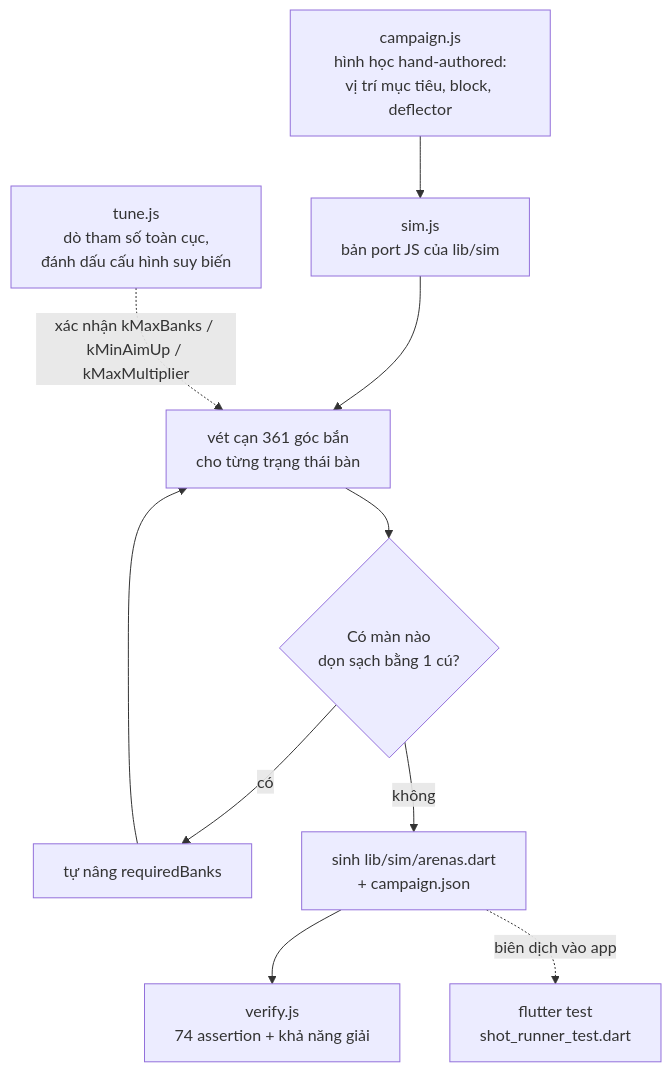
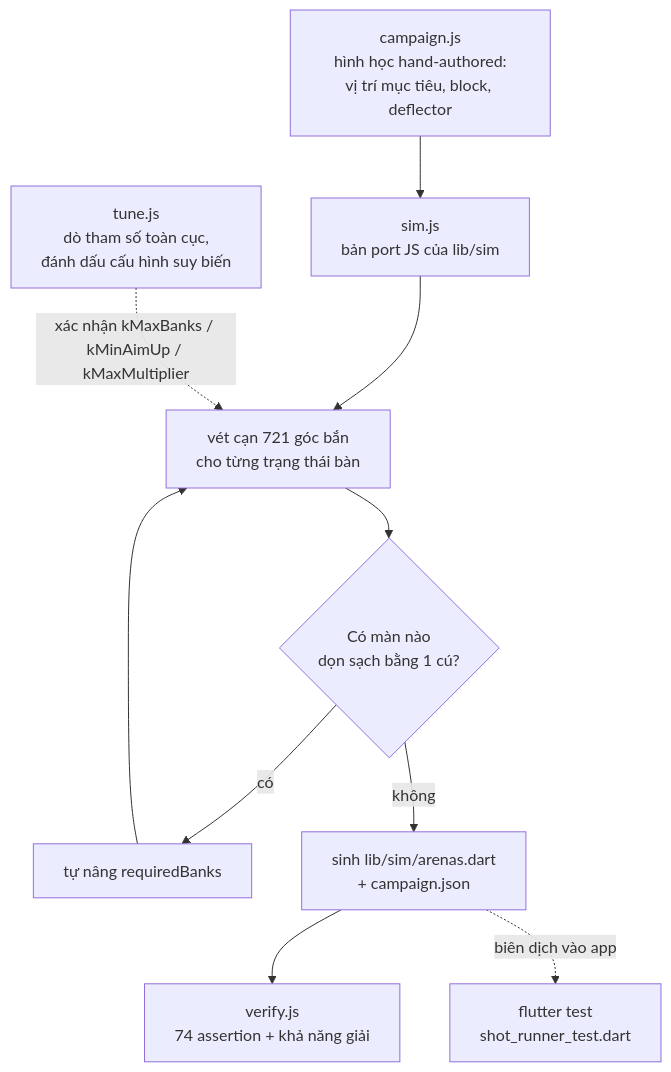
One commit to recca0201/cu-doi changed the fifth of 6 diagrams in aidlc-docs/foundation/system-architecture.md. Above: the diagram before and after it, drawn with Mermaid. The commit also changed other lines of this file and 10 other files, not shown here.

````diff
--- a/aidlc-docs/foundation/system-architecture.md
+++ b/aidlc-docs/foundation/system-architecture.md
@@ -574,19 +574,19 @@
 ```mermaid
 flowchart TD
     Author["campaign.js<br/>hình học hand-authored:<br/>vị trí mục tiêu, block, deflector"]
     Sim["sim.js<br/>bản port JS của lib/sim"]
-    Sweep["vét cạn 361 góc bắn<br/>cho từng trạng thái bàn"]
+    Sweep["vét cạn 721 góc bắn<br/>cho từng trạng thái bàn"]
     Check{"Có màn nào<br/>dọn sạch bằng 1 cú?"}
     Bump["tự nâng requiredBanks"]
     Tune["tune.js<br/>dò tham số toàn cục,<br/>đánh dấu cấu hình suy biến"]
     Emit["sinh lib/sim/arenas.dart<br/>+ campaign.json"]
     Verify["verify.js<br/>74 assertion + khả năng giải"]
     DartTest["flutter test<br/>shot_runner_test.dart"]
 
     Author --> Sim --> Sweep --> Check
     Check -->|"có"| Bump --> Sweep
     Check -->|"không"| Emit
     Tune -.->|"xác nhận kMaxBanks / kMinAimUp / kMaxMultiplier"| Sweep
     Emit --> Verify
     Emit -.->|"biên dịch vào app"| DartTest
 ```
````
